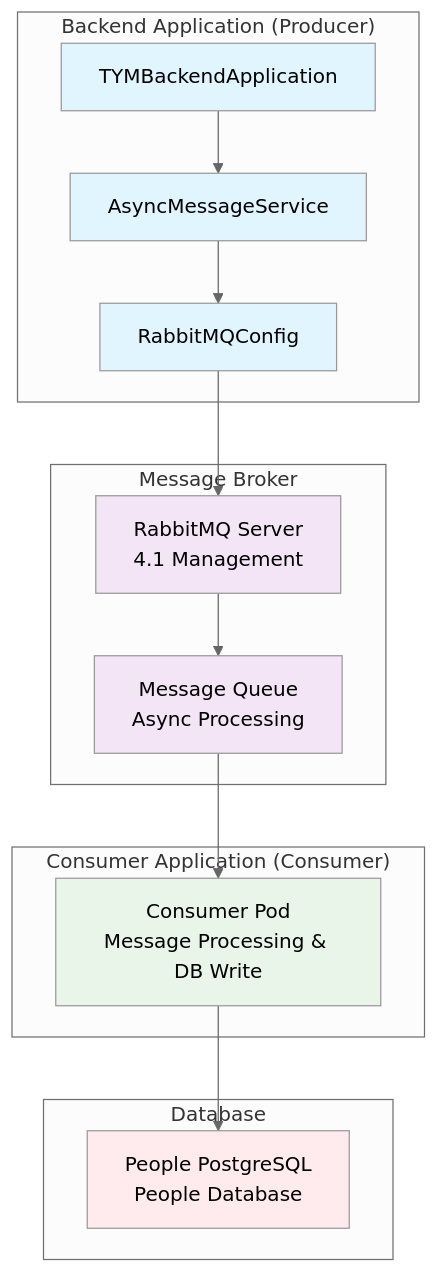
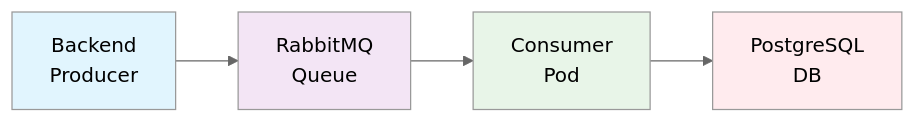
One commit to Vinskao/ty-multiverse-backend changed diagram 11 of 11 in README.md. Above: the diagram before and after it, drawn with Mermaid (neutral theme).

Commit message:
info: adjust mq graph

````diff
--- a/README.md
+++ b/README.md
@@ -486,40 +486,16 @@
 ```mermaid
-graph TB
-    subgraph "Backend Application (Producer)"
-        A[TYMBackendApplication]
-        B[AsyncMessageService]
-        C[RabbitMQConfig]
-    end
+graph LR
+    A[Backend<br/>Producer] --> B[RabbitMQ<br/>Queue]
+    B --> C[Consumer<br/>Pod]
+    C --> D[PostgreSQL<br/>DB]
     
-    subgraph "Message Broker"
-        D[RabbitMQ Server<br/>4.1 Management]
-        E[Message Queue<br/>Async Processing]
-    end
-    
-    subgraph "Consumer Application (Consumer)"
-        F[Consumer Pod<br/>Message Processing & DB Write]
-    end
-    
-    subgraph "Database"
-        K[People PostgreSQL<br/>People Database]
-    end
-    
-    %% Data Flow
-    A --> B
-    B --> C
-    C --> D
-    D --> E
-    E --> F
-    F --> K
-    
-    %% Styling
     classDef producer fill:#e1f5fe
     classDef mq fill:#f3e5f5
     classDef consumer fill:#e8f5e8
     classDef database fill:#ffebee
     
-    class A,B,C producer
-    class D,E mq
-    class F consumer
-    class K database
+    class A producer
+    class B mq
+    class C consumer
+    class D database
 ```
````
